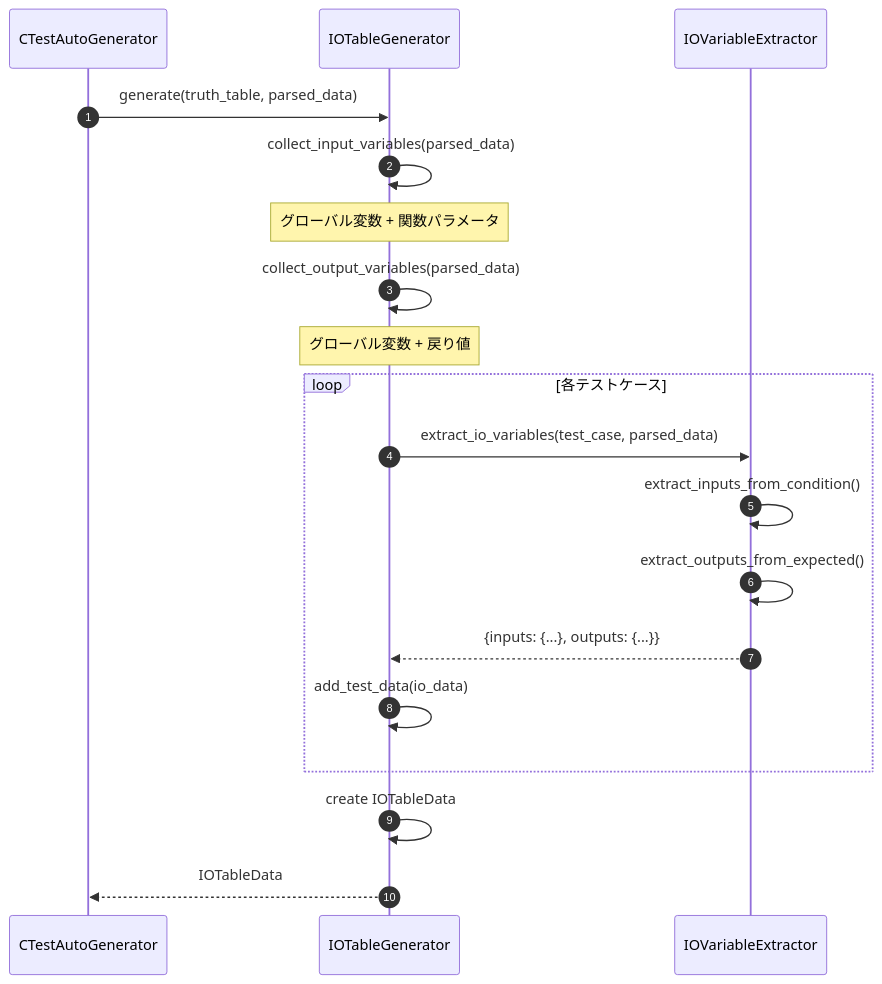
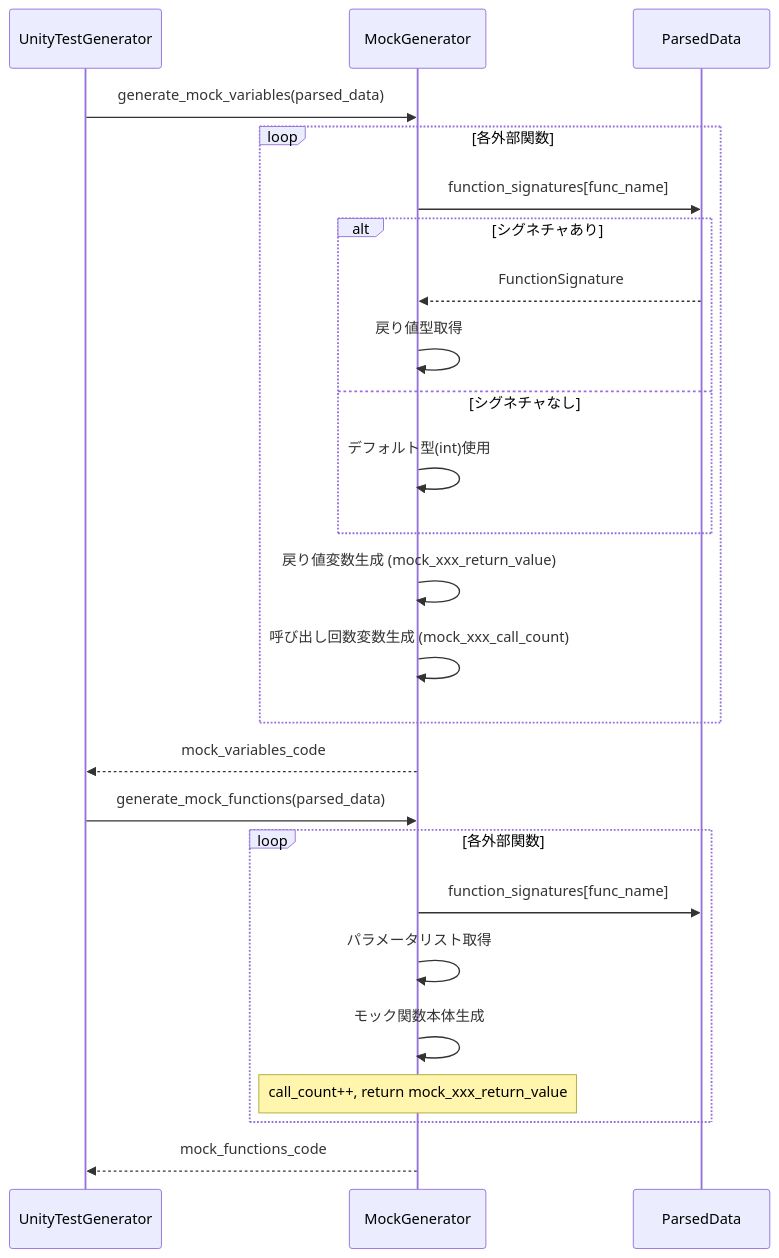
One commit to ryu5791/AutoUniTestGen changed the seventh of 8 diagrams in doc/design_sequence_diagram.md. Above: the diagram before and after it, drawn with Mermaid. The commit also changed other lines of this file and 5 other files, not shown here.

````diff
--- a/doc/design_sequence_diagram.md
+++ b/doc/design_sequence_diagram.md
@@ -445,26 +323,33 @@
 ```mermaid
 sequenceDiagram
-    autonumber
-    participant Gen as CTestAutoGenerator
-    participant IOGen as IOTableGenerator
-    participant VarExt as IOVariableExtractor
+    participant TestGen as UnityTestGenerator
+    participant MockGen as MockGenerator
+    participant ParsedData as ParsedData
+
+    TestGen->>MockGen: generate_mock_variables(parsed_data)
     
-    Gen->>IOGen: generate(truth_table, parsed_data)
+    loop 各外部関数
+        MockGen->>ParsedData: function_signatures[func_name]
+        
+        alt シグネチャあり
+            ParsedData-->>MockGen: FunctionSignature
+            MockGen->>MockGen: 戻り値型取得
+        else シグネチャなし
+            MockGen->>MockGen: デフォルト型(int)使用
+        end
+        
+        MockGen->>MockGen: 戻り値変数生成 (mock_xxx_return_value)
+        MockGen->>MockGen: 呼び出し回数変数生成 (mock_xxx_call_count)
+    end
+    MockGen-->>TestGen: mock_variables_code
     
-    IOGen->>IOGen: collect_input_variables(parsed_data)
-    Note over IOGen: グローバル変数 + 関数パラメータ
+    TestGen->>MockGen: generate_mock_functions(parsed_data)
     
-    IOGen->>IOGen: collect_output_variables(parsed_data)
-    Note over IOGen: グローバル変数 + 戻り値
-    
-    loop 各テストケース
-        IOGen->>VarExt: extract_io_variables(test_case, parsed_data)
-        VarExt->>VarExt: extract_inputs_from_condition()
-        VarExt->>VarExt: extract_outputs_from_expected()
-        VarExt-->>IOGen: {inputs: {...}, outputs: {...}}
-        IOGen->>IOGen: add_test_data(io_data)
+    loop 各外部関数
+        MockGen->>ParsedData: function_signatures[func_name]
+        MockGen->>MockGen: パラメータリスト取得
+        MockGen->>MockGen: モック関数本体生成
+        Note over MockGen: call_count++, return mock_xxx_return_value
     end
-    
-    IOGen->>IOGen: create IOTableData
-    IOGen-->>Gen: IOTableData
+    MockGen-->>TestGen: mock_functions_code
 ```
````
